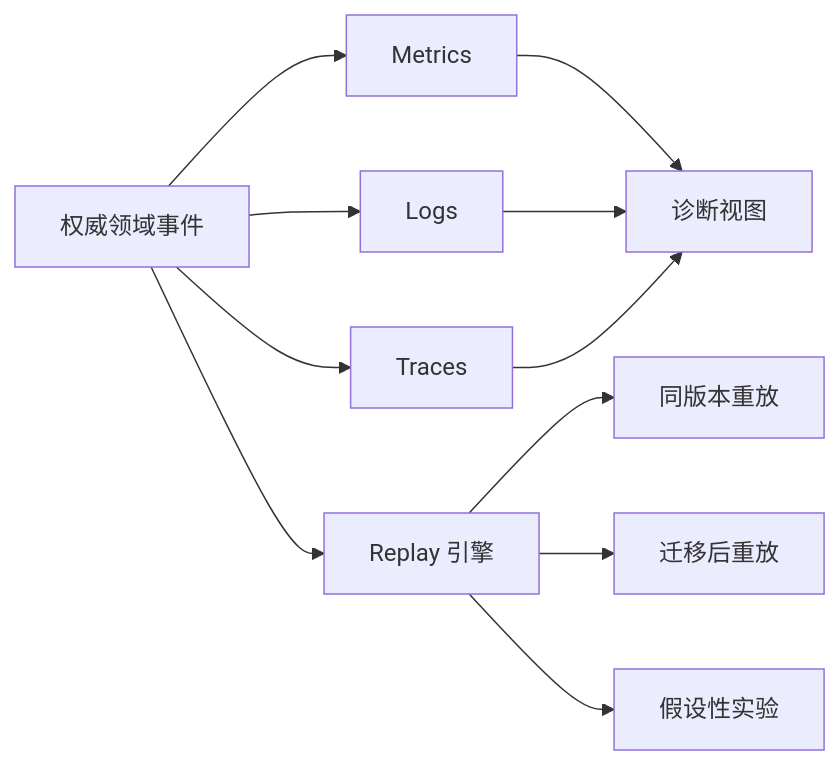
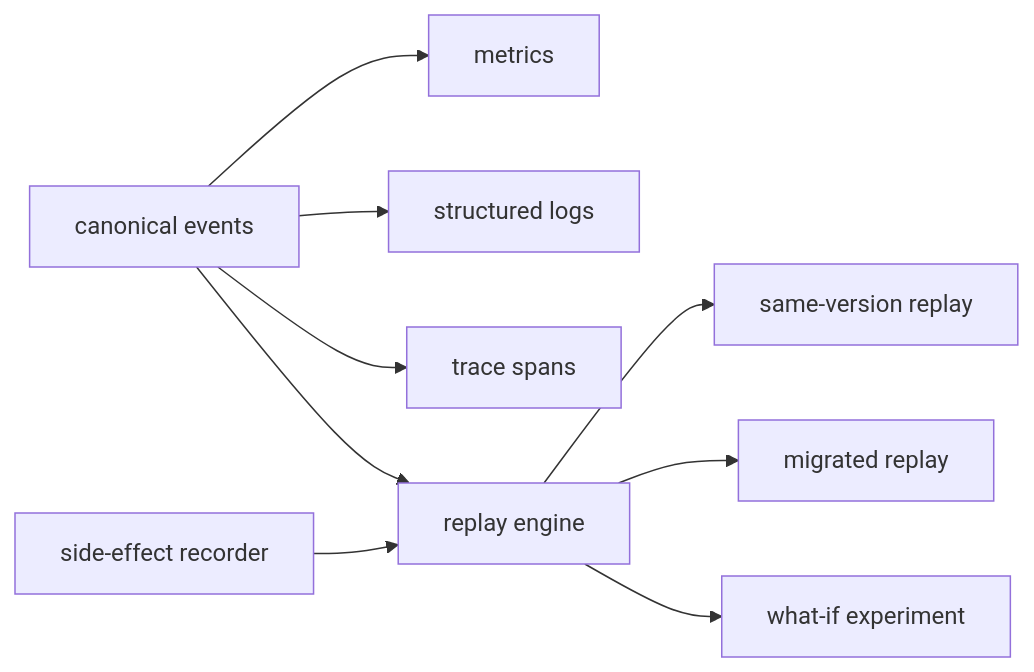
One commit to xiaoslin9153/awesome-agent-harness-tutorial changed the first of 2 diagrams in tutorial/zh-CN/02-harness-mechanics/observability.md. Above: the diagram before and after it, drawn with Mermaid. The commit also changed other lines of this file and 3 other files, not shown here.

````diff
--- a/tutorial/zh-CN/02-harness-mechanics/observability.md
+++ b/tutorial/zh-CN/02-harness-mechanics/observability.md
@@ -34,13 +61,11 @@
 ```mermaid
 flowchart LR
-  E[权威领域事件] --> M[Metrics]
-  E --> L[Logs]
-  E --> T[Traces]
-  E --> R[Replay 引擎]
-  R --> S1[同版本重放]
-  R --> S2[迁移后重放]
-  R --> S3[假设性实验]
-  M --> D[诊断视图]
-  L --> D
-  T --> D
+  E[canonical events] --> M[metrics]
+  E --> L[structured logs]
+  E --> T[trace spans]
+  E --> R[replay engine]
+  R --> S1[same-version replay]
+  R --> S2[migrated replay]
+  R --> S3[what-if experiment]
+  X[side-effect recorder] --> R
 ```
````
